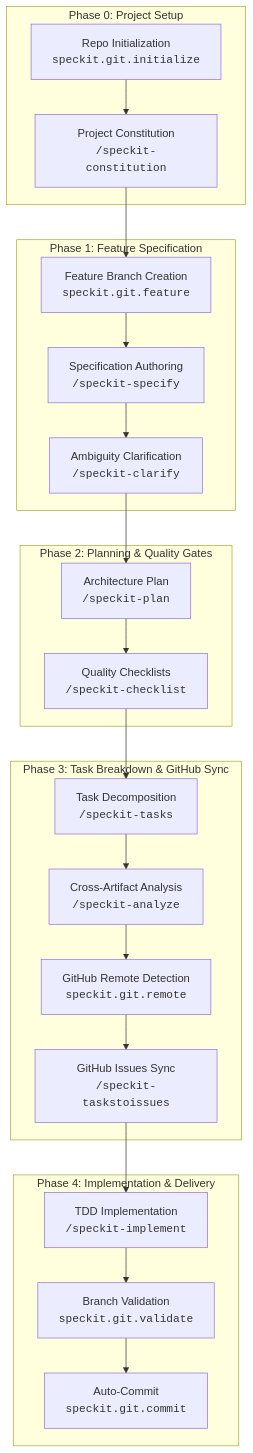
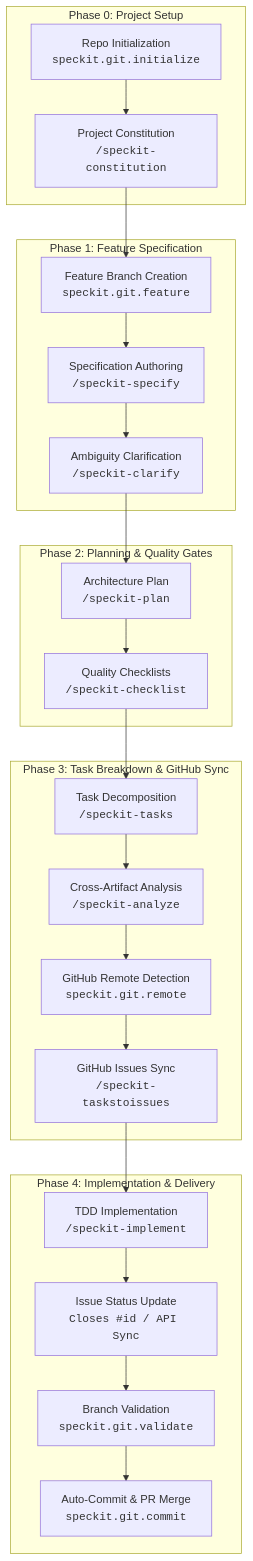
One commit to ansgohar/spec-kit changed the diagram in SpecKitGithub.md. Above: the diagram before and after it, drawn with Mermaid. The commit also changed other lines of this file, not shown here.

First line of the commit message:
Document post-implementation GitHub issue closing

````diff
--- a/SpecKitGithub.md
+++ b/SpecKitGithub.md
@@ -38,34 +49,35 @@
 ```mermaid
 flowchart TD
     subgraph Phase 0: Project Setup
         A[Repo Initialization<br/><code>speckit.git.initialize</code>] --> B[Project Constitution<br/><code>/speckit-constitution</code>]
     end
 
     subgraph Phase 1: Feature Specification
         B --> C[Feature Branch Creation<br/><code>speckit.git.feature</code>]
         C --> D[Specification Authoring<br/><code>/speckit-specify</code>]
         D --> E[Ambiguity Clarification<br/><code>/speckit-clarify</code>]
     end
 
     subgraph Phase 2: Planning & Quality Gates
         E --> F[Architecture Plan<br/><code>/speckit-plan</code>]
         F --> G[Quality Checklists<br/><code>/speckit-checklist</code>]
     end
 
     subgraph Phase 3: Task Breakdown & GitHub Sync
         G --> H[Task Decomposition<br/><code>/speckit-tasks</code>]
         H --> I[Cross-Artifact Analysis<br/><code>/speckit-analyze</code>]
         I --> J[GitHub Remote Detection<br/><code>speckit.git.remote</code>]
         J --> K[GitHub Issues Sync<br/><code>/speckit-taskstoissues</code>]
     end
 
     subgraph Phase 4: Implementation & Delivery
         K --> L[TDD Implementation<br/><code>/speckit-implement</code>]
-        L --> M[Branch Validation<br/><code>speckit.git.validate</code>]
-        M --> N[Auto-Commit<br/><code>speckit.git.commit</code>]
+        L --> M[Issue Status Update<br/><code>Closes #id / API Sync</code>]
+        M --> N[Branch Validation<br/><code>speckit.git.validate</code>]
+        N --> O[Auto-Commit & PR Merge<br/><code>speckit.git.commit</code>]
     end
 
     classDef setup fill:#f9f,stroke:#333,stroke-width:1px;
     classDef git fill:#bbf,stroke:#333,stroke-width:1px;
     classDef core fill:#dfd,stroke:#333,stroke-width:1px;
 ```
````
